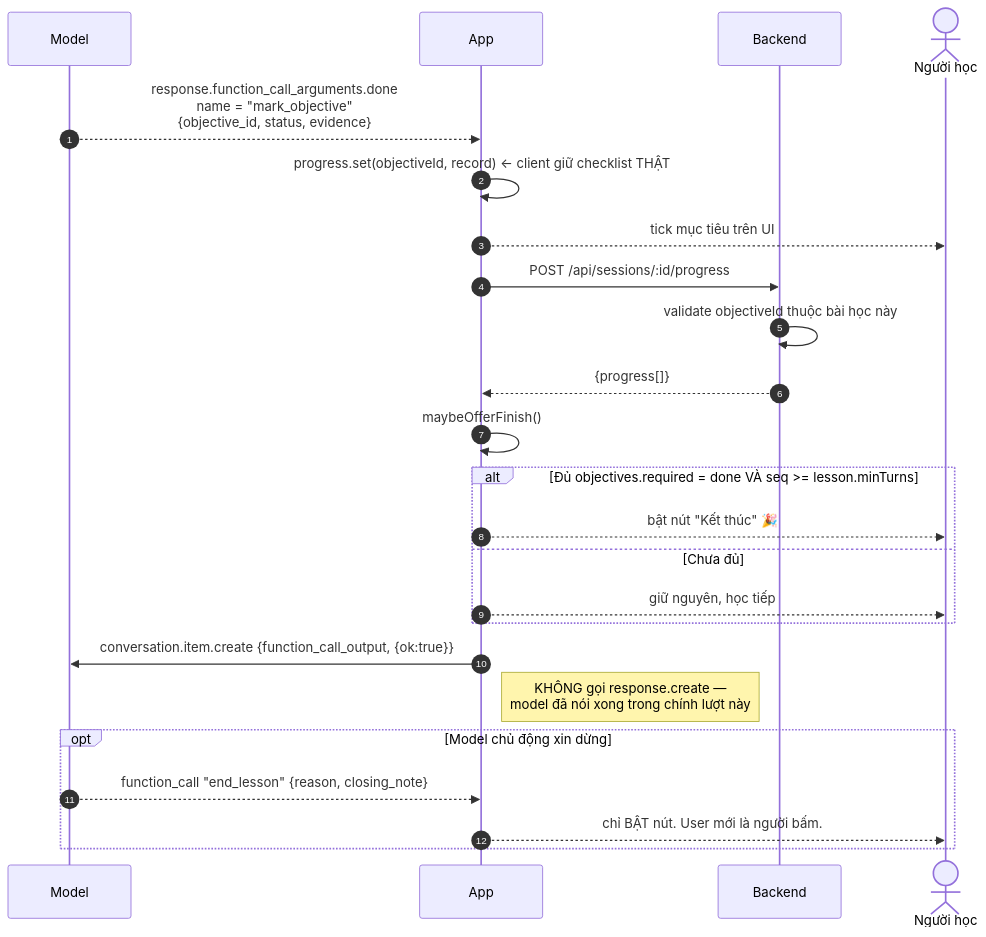
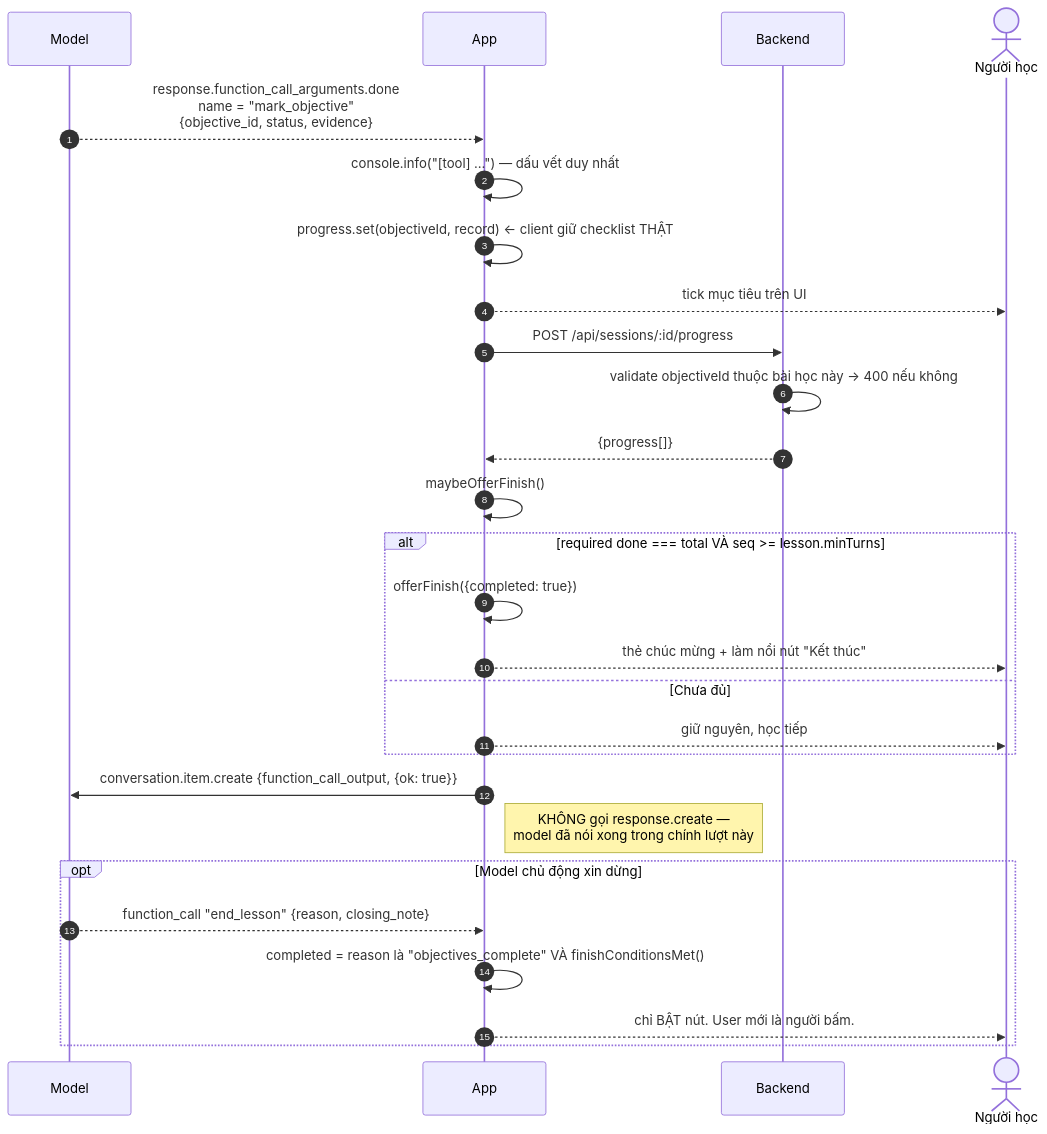
One commit to buingocthanh239/ai-talk-webrtc changed diagram 11 of 17 in docs/ai-talk-flow.md. Above: the diagram before and after it, drawn with Mermaid. The commit also changed other lines of this file and 3 other files, not shown here.

````diff
--- a/docs/ai-talk-flow.md
+++ b/docs/ai-talk-flow.md
@@ -322,30 +607,33 @@
 ```mermaid
 sequenceDiagram
     autonumber
     participant OAI as Model
     participant App
     participant BE as Backend
     actor U as Người học
 
     OAI-->>App: response.function_call_arguments.done<br/>name = "mark_objective"<br/>{objective_id, status, evidence}
+    App->>App: console.info("[tool] …") — dấu vết duy nhất
     App->>App: progress.set(objectiveId, record)  ← client giữ checklist THẬT
     App-->>U: tick mục tiêu trên UI
     App->>BE: POST /api/sessions/:id/progress
-    BE->>BE: validate objectiveId thuộc bài học này
+    BE->>BE: validate objectiveId thuộc bài học này → 400 nếu không
     BE-->>App: {progress[]}
 
     App->>App: maybeOfferFinish()
-    alt Đủ objectives.required = done VÀ seq >= lesson.minTurns
-        App-->>U: bật nút "Kết thúc" 🎉
+    alt required done === total VÀ seq >= lesson.minTurns
+        App->>App: offerFinish({completed: true})
+        App-->>U: thẻ chúc mừng + làm nổi nút "Kết thúc"
     else Chưa đủ
         App-->>U: giữ nguyên, học tiếp
     end
 
-    App->>OAI: conversation.item.create {function_call_output, {ok:true}}
+    App->>OAI: conversation.item.create {function_call_output, {ok: true}}
     Note right of App: KHÔNG gọi response.create —<br/>model đã nói xong trong chính lượt này
 
     opt Model chủ động xin dừng
         OAI-->>App: function_call "end_lesson" {reason, closing_note}
+        App->>App: completed = reason là "objectives_complete" VÀ finishConditionsMet()
         App-->>U: chỉ BẬT nút. User mới là người bấm.
     end
 ```
````
